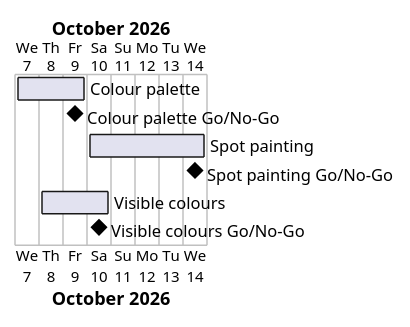
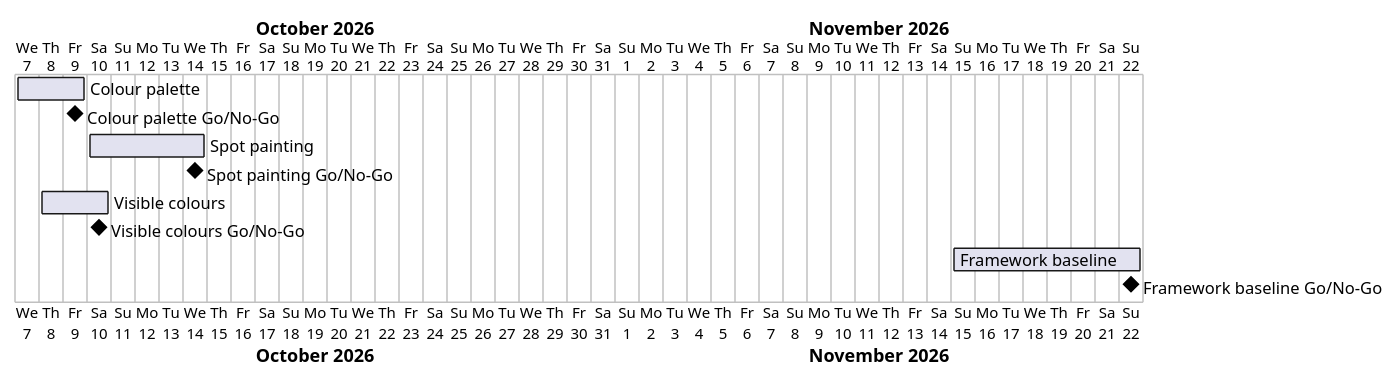
Before and after one commit to Tirsvad-Udemy-100-days-of-code/018-hirst-painting: the diagram in docs/project-plan.md, drawn with PlantUML. The commit also changed other lines of this file and 41 other files, not shown here.

First line of the commit message:
Bring the project to the framework baseline (MIL-004)

````diff
--- a/docs/project-plan.md
+++ b/docs/project-plan.md
@@ -43,11 +49,13 @@
 ```plantuml
 @startgantt
 Project starts 2026-10-07
 [Colour palette] starts 2026-10-07 and ends 2026-10-09
 [Colour palette Go/No-Go] happens 2026-10-09
 [Spot painting] starts 2026-10-10 and ends 2026-10-14
 [Spot painting Go/No-Go] happens 2026-10-14
 [Visible colours] starts 2026-10-08 and ends 2026-10-10
 [Visible colours Go/No-Go] happens 2026-10-10
+[Framework baseline] starts 2026-11-15 and ends 2026-11-22
+[Framework baseline Go/No-Go] happens 2026-11-22
 @endgantt
 ```
````
